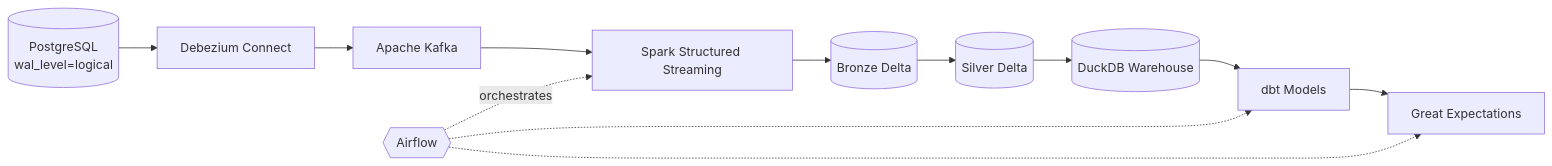
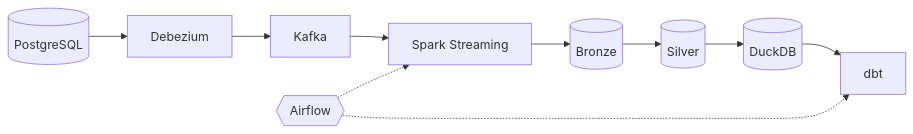
Before and after one commit to justMouad/justMouad: the first of 2 diagrams in README.md, drawn with Mermaid. The commit also changed other lines of this file, not shown here.

````diff
--- a/README.md
+++ b/README.md
@@ -116,14 +91,12 @@
 ```mermaid
 flowchart LR
-    A[(PostgreSQL<br/>wal_level=logical)] --> B[Debezium Connect]
-    B --> C[Apache Kafka]
-    C --> D[Spark Structured Streaming]
-    D --> E[(Bronze Delta)]
-    E --> F[(Silver Delta)]
-    F --> G[(DuckDB Warehouse)]
-    G --> H[dbt Models]
-    H --> I[Great Expectations]
-    J{{Airflow}} -.orchestrates.-> D
+    A[(PostgreSQL)] --> B[Debezium]
+    B --> C[Kafka]
+    C --> D[Spark Streaming]
+    D --> E[(Bronze)]
+    E --> F[(Silver)]
+    F --> G[(DuckDB)]
+    G --> H[dbt]
+    J{{Airflow}} -.-> D
     J -.-> H
-    J -.-> I
 ```
````
